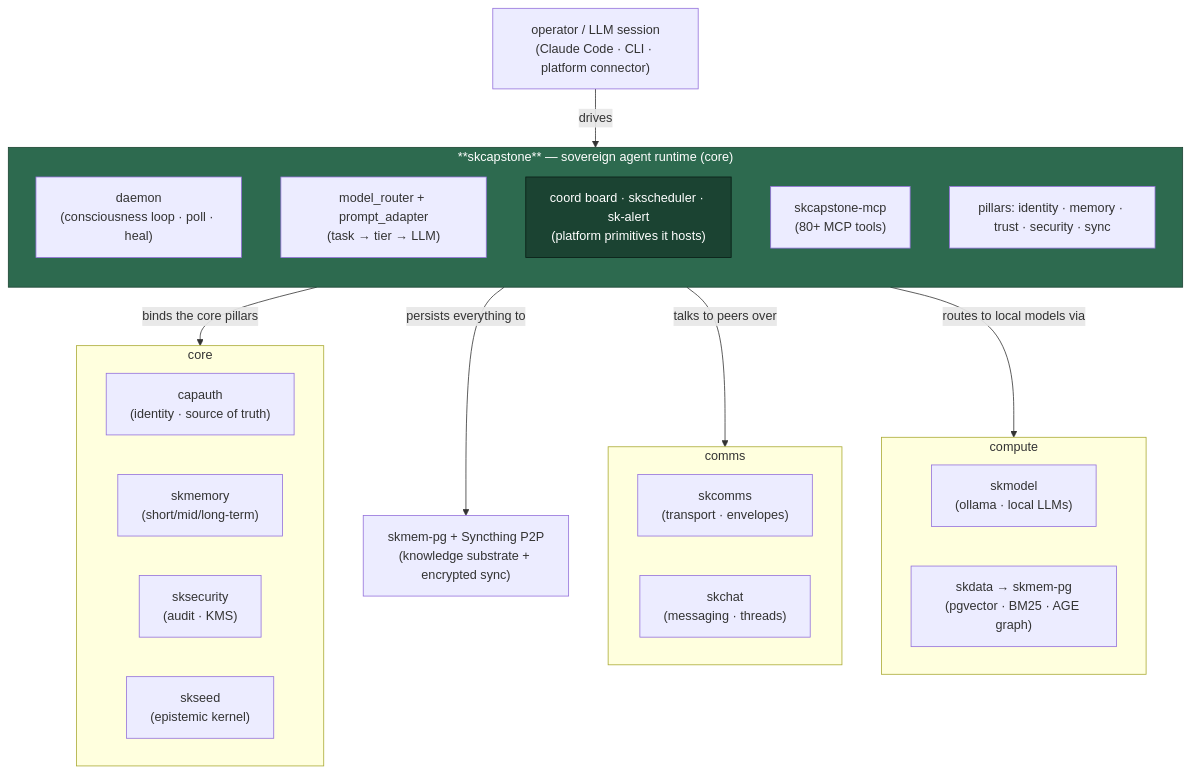
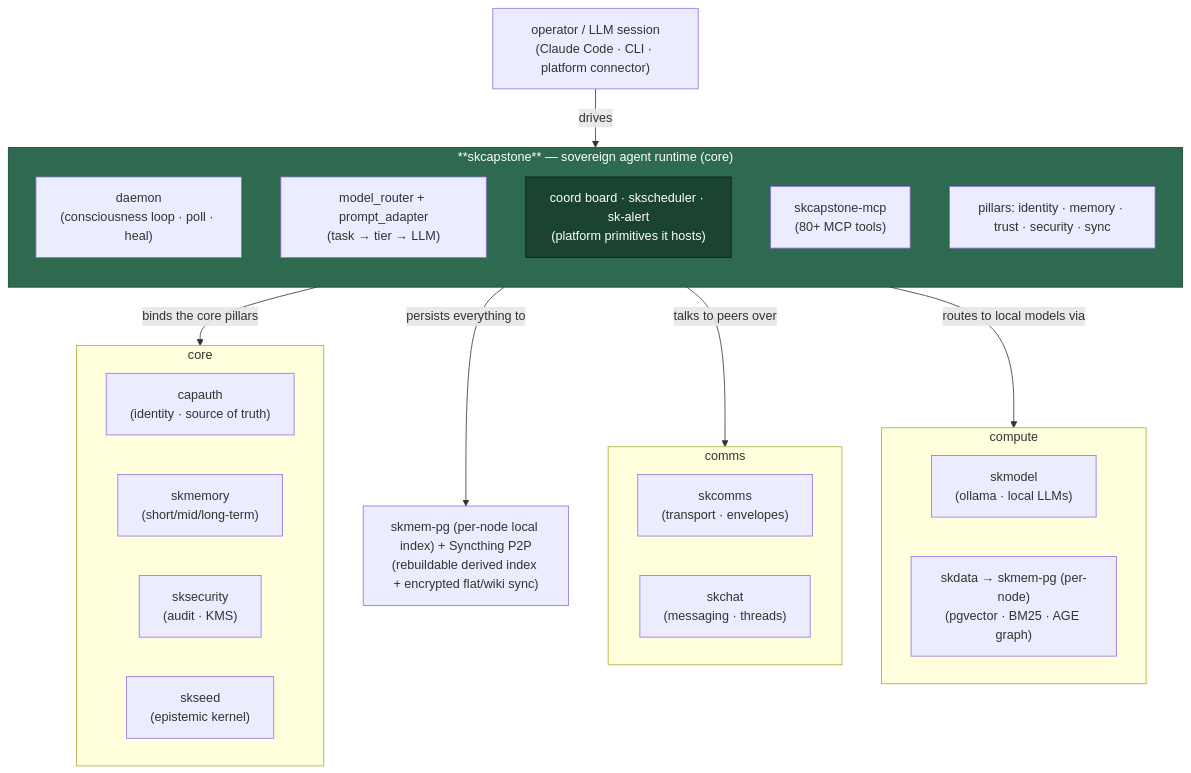
The first of 2 diagrams in README.md (smilinTux/skcapstone), drawn with Mermaid before and after one commit. The commit also changed other lines of this file and 2 other files, not shown here.

First line of the commit message:
docs(skmem-pg): frame skmem-pg as a per-node rebuildable index, not a replicated substrate

````diff
--- a/README.md
+++ b/README.md
@@ -461,43 +461,43 @@
 ```mermaid
 flowchart TD
     OP["operator / LLM session<br/>(Claude Code · CLI · platform connector)"] -->|"drives"| SKCAP
 
     subgraph SKCAP["**skcapstone** — sovereign agent runtime (core)"]
       direction TB
       DAEMON["daemon<br/>(consciousness loop · poll · heal)"]
       ROUTER["model_router + prompt_adapter<br/>(task → tier → LLM)"]
       COORD["coord board · skscheduler · sk-alert<br/>(platform primitives it hosts)"]
       MCP["skcapstone-mcp<br/>(80+ MCP tools)"]
       PILLARS["pillars: identity · memory · trust · security · sync"]
     end
 
     SKCAP -->|"binds the core pillars"| CORE
     SKCAP -->|"persists everything to"| DATA
     SKCAP -->|"talks to peers over"| COMMS
     SKCAP -->|"routes to local models via"| COMPUTE
 
     subgraph CORE["core"]
       direction LR
       CAPAUTH["capauth<br/>(identity · source of truth)"]
       SKMEM["skmemory<br/>(short/mid/long-term)"]
       SKSEC["sksecurity<br/>(audit · KMS)"]
       SKSEED["skseed<br/>(epistemic kernel)"]
     end
 
     subgraph COMMS["comms"]
       direction LR
       SKCOMMS["skcomms<br/>(transport · envelopes)"]
       SKCHAT["skchat<br/>(messaging · threads)"]
     end
 
     subgraph COMPUTE["compute"]
       direction LR
       SKMODEL["skmodel<br/>(ollama · local LLMs)"]
-      SKDATA["skdata → skmem-pg<br/>(pgvector · BM25 · AGE graph)"]
+      SKDATA["skdata → skmem-pg (per-node)<br/>(pgvector · BM25 · AGE graph)"]
     end
 
-    DATA["skmem-pg + Syncthing P2P<br/>(knowledge substrate + encrypted sync)"]
+    DATA["skmem-pg (per-node local index) + Syncthing P2P<br/>(rebuildable derived index + encrypted flat/wiki sync)"]
 
     style SKCAP fill:#2d6a4f,color:#fff,stroke:#1b4332
     style COORD fill:#1b4332,color:#fff,stroke:#081c15
 ```
````
